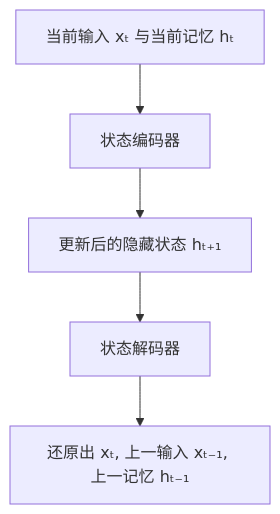
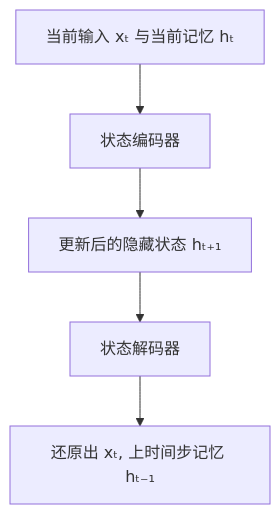
Before and after one commit to Nightre/StableRNN: the diagram in README.md, drawn with Mermaid.

````diff
--- a/README.md
+++ b/README.md
@@ -13,7 +13,7 @@
 ```mermaid
 graph TD
     A[当前输入 xₜ 与当前记忆 hₜ] --> B[状态编码器]
     B --> C[更新后的隐藏状态 hₜ₊₁]
     C --> D[状态解码器]
-    D --> E[还原出 xₜ, 上一输入 xₜ₋₁, 上一记忆 hₜ₋₁]
+    D --> E[还原出 xₜ, 上时间步记忆 hₜ₋₁]
 ```
````
